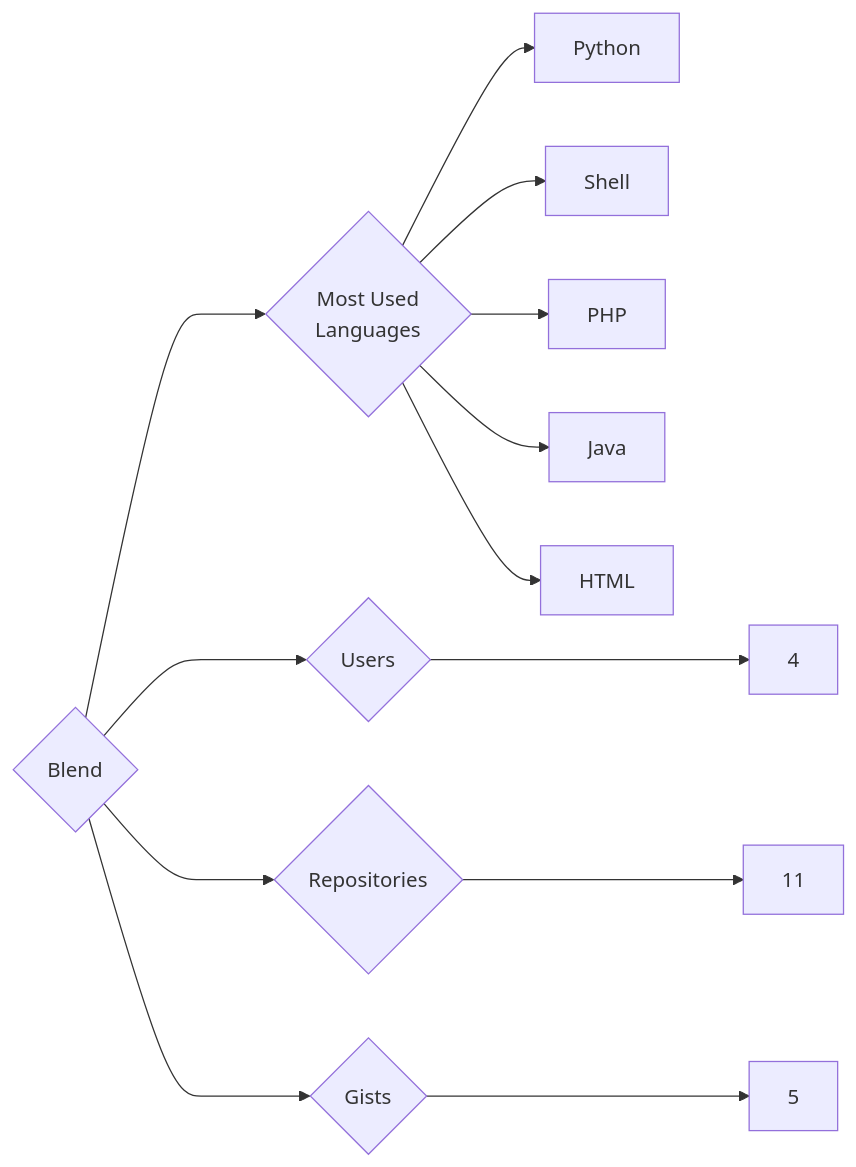
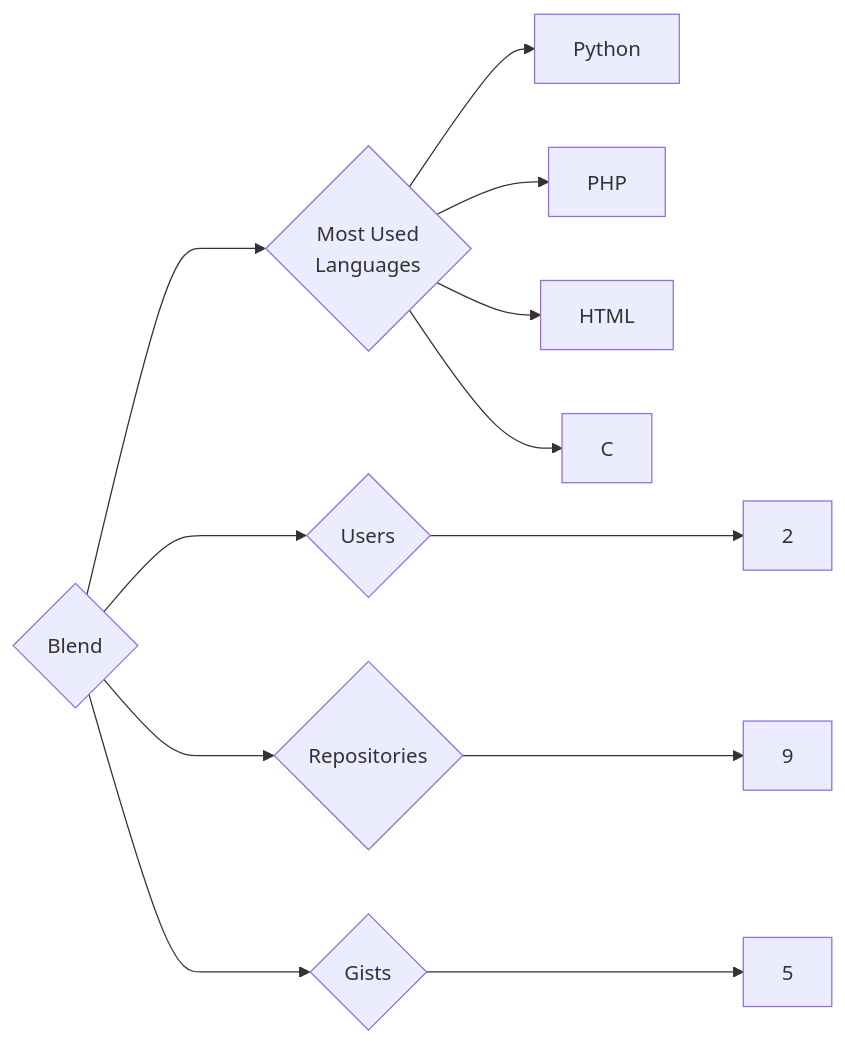
Before and after one commit to trickest/insiders: the diagram in targets/Blend/README.md, drawn with Mermaid. The commit also changed 809 other files, not shown here.

````diff
--- a/targets/Blend/README.md
+++ b/targets/Blend/README.md
@@ -3,13 +3,12 @@
 ```mermaid
 graph LR
 COMPANY_NAME{Blend}
-COMPANY_NAME ---> U{Users} ---> UN[4]
-COMPANY_NAME ---> R{Repositories} ---> RN[11]
+COMPANY_NAME ---> U{Users} ---> UN[2]
+COMPANY_NAME ---> R{Repositories} ---> RN[9]
 COMPANY_NAME ---> G{Gists} ---> GN[5]
 COMPANY_NAME ---> ML{Most Used<br>Languages}
 ML --> Python[Python]
-ML --> Shell[Shell]
 ML --> PHP[PHP]
-ML --> Java[Java]
 ML --> HTML[HTML]
+ML --> C[C]
 ```
````
